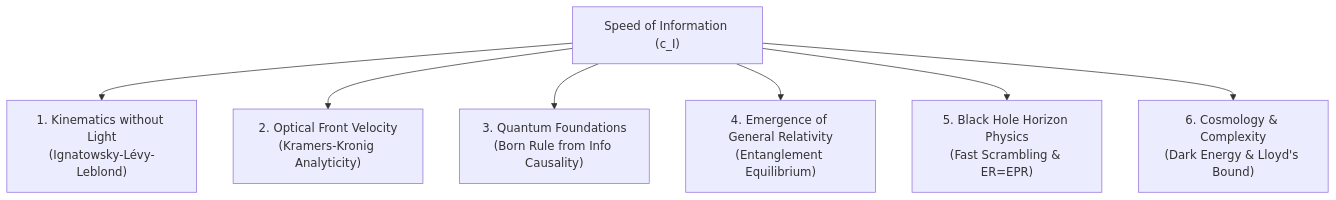
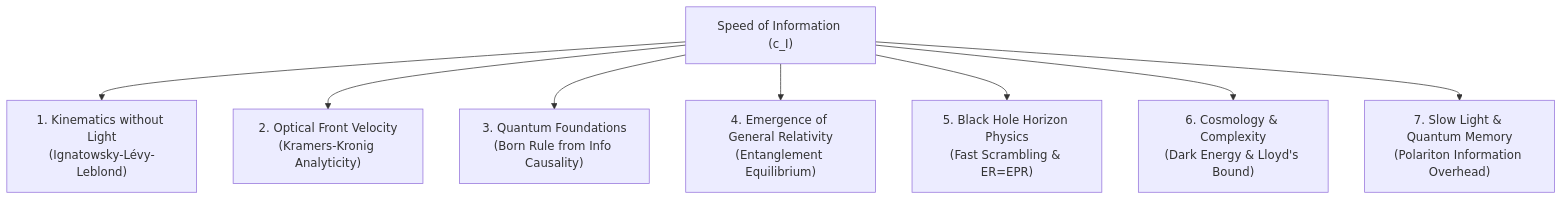
The diagram in paper/Executive_Summary_Speed_of_Information.md (stefanhhertel-boop/SpeedOfInformation), drawn with Mermaid before and after one commit. The commit also changed other lines of this file and 10 other files, not shown here.

Commit message:
Add Polariton Information Overhead & Slow Light (Treatise, Fig 21, Sim Suite 6, & recompiled PDFs)

````diff
--- a/paper/Executive_Summary_Speed_of_Information.md
+++ b/paper/Executive_Summary_Speed_of_Information.md
@@ -34,9 +34,10 @@
 ```mermaid
 graph TD
     A["Speed of Information (c_I)"] --> B["1. Kinematics without Light<br>(Ignatowsky-Lévy-Leblond)"]
     A --> C["2. Optical Front Velocity<br>(Kramers-Kronig Analyticity)"]
     A --> D["3. Quantum Foundations<br>(Born Rule from Info Causality)"]
     A --> E["4. Emergence of General Relativity<br>(Entanglement Equilibrium)"]
     A --> F["5. Black Hole Horizon Physics<br>(Fast Scrambling & ER=EPR)"]
     A --> G["6. Cosmology & Complexity<br>(Dark Energy & Lloyd's Bound)"]
+    A --> H["7. Slow Light & Quantum Memory<br>(Polariton Information Overhead)"]
 ```
````
